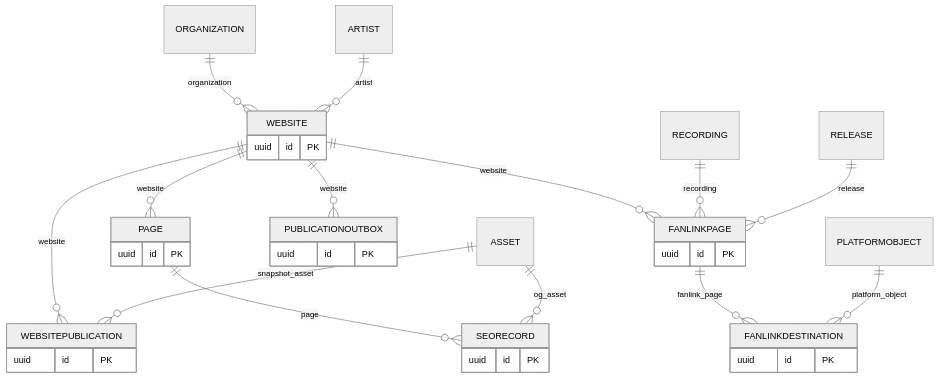
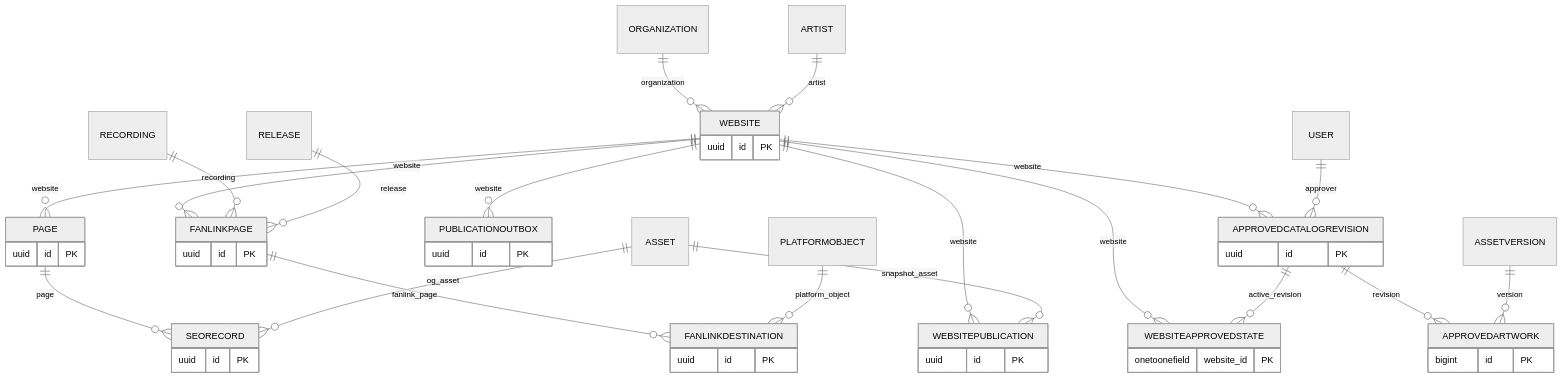
One commit to dezolent/bounced-artists changed the sixth of 7 diagrams in docs/entity-relationships.md. Above: the diagram before and after it, drawn with Mermaid (neutral theme). The commit also changed other lines of this file and 30 other files, not shown here.

````diff
--- a/docs/entity-relationships.md
+++ b/docs/entity-relationships.md
@@ -294,37 +310,52 @@
 ```mermaid
 erDiagram
     WEBSITE {
         uuid id PK
     }
     PAGE {
         uuid id PK
     }
     SEORECORD {
         uuid id PK
     }
     FANLINKPAGE {
         uuid id PK
     }
     FANLINKDESTINATION {
         uuid id PK
     }
     PUBLICATIONOUTBOX {
         uuid id PK
     }
     WEBSITEPUBLICATION {
         uuid id PK
     }
+    APPROVEDCATALOGREVISION {
+        uuid id PK
+    }
+    WEBSITEAPPROVEDSTATE {
+        onetoonefield website_id PK
+    }
+    APPROVEDARTWORK {
+        bigint id PK
+    }
     ORGANIZATION ||--o{ WEBSITE : "organization"
     ARTIST ||--o{ WEBSITE : "artist"
     WEBSITE ||--o{ PAGE : "website"
     PAGE ||--o{ SEORECORD : "page"
     ASSET ||--o{ SEORECORD : "og_asset"
     WEBSITE ||--o{ FANLINKPAGE : "website"
     RECORDING ||--o{ FANLINKPAGE : "recording"
     RELEASE ||--o{ FANLINKPAGE : "release"
     FANLINKPAGE ||--o{ FANLINKDESTINATION : "fanlink_page"
     PLATFORMOBJECT ||--o{ FANLINKDESTINATION : "platform_object"
     WEBSITE ||--o{ PUBLICATIONOUTBOX : "website"
     WEBSITE ||--o{ WEBSITEPUBLICATION : "website"
     ASSET ||--o{ WEBSITEPUBLICATION : "snapshot_asset"
+    WEBSITE ||--o{ APPROVEDCATALOGREVISION : "website"
+    USER ||--o{ APPROVEDCATALOGREVISION : "approver"
+    WEBSITE ||--o{ WEBSITEAPPROVEDSTATE : "website"
+    APPROVEDCATALOGREVISION ||--o{ WEBSITEAPPROVEDSTATE : "active_revision"
+    APPROVEDCATALOGREVISION ||--o{ APPROVEDARTWORK : "revision"
+    ASSETVERSION ||--o{ APPROVEDARTWORK : "version"
 ```
````
